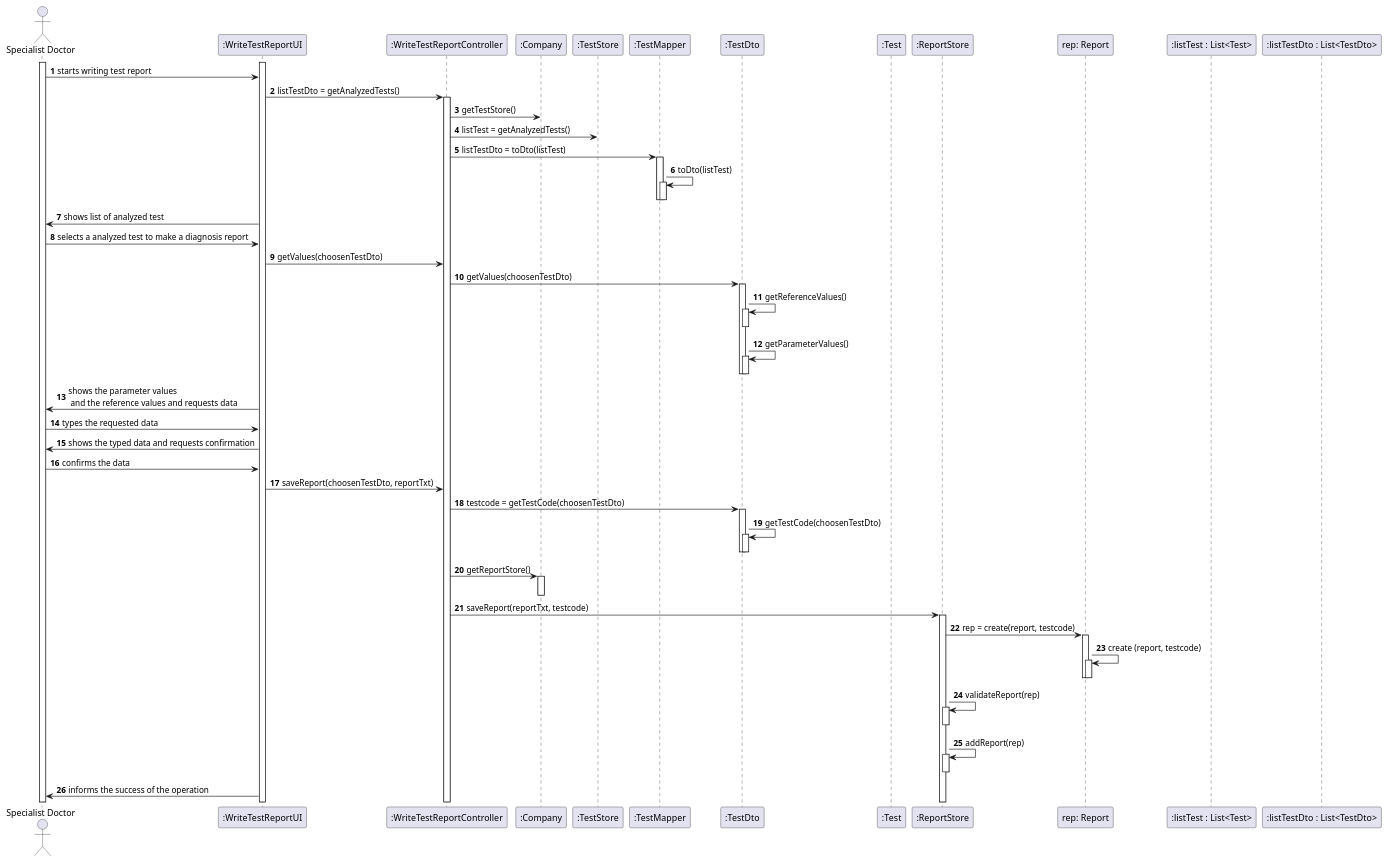
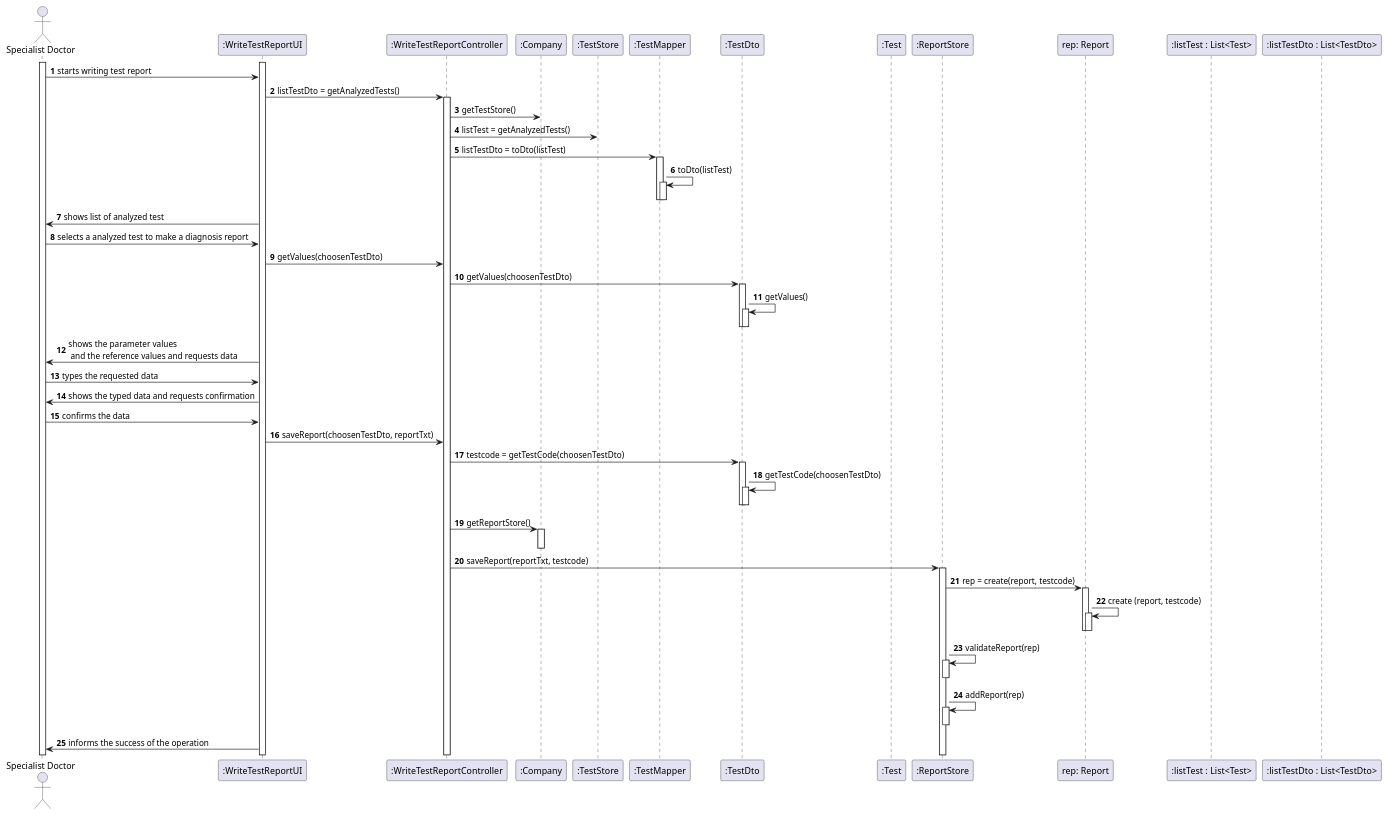
The diagram in docs/SprintC/US14/US14_SD.puml (0franciscor/lei-21-s2-1de-g19), drawn with PlantUML before and after one commit.

Commit message:
Atualizaçao do SD

```diff
--- a/docs/SprintC/US14/US14_SD.puml
+++ b/docs/SprintC/US14/US14_SD.puml
@@ -1,60 +1,58 @@
 @startuml
 'https://plantuml.com/sequence-diagram
 
 autonumber
 actor "Specialist Doctor" as SD
 activate SD
 activate ":WriteTestReportUI"
 SD -> ":WriteTestReportUI" : starts writing test report
 ":WriteTestReportUI" -> ":WriteTestReportController" : listTestDto = getAnalyzedTests()
 activate ":WriteTestReportController"
 ":WriteTestReportController" -> ":Company" : getTestStore()
 ":WriteTestReportController" -> ":TestStore" : listTest = getAnalyzedTests()
 ":WriteTestReportController" -> ":TestMapper" : listTestDto = toDto(listTest)
 activate ":TestMapper"
 ":TestMapper" -> ":TestMapper" ++ : toDto(listTest)
 deactivate ":TestMapper"
 
 deactivate ":TestMapper"
 ":WriteTestReportUI" -> SD : shows list of analyzed test
 SD -> ":WriteTestReportUI" : selects a analyzed test to make a diagnosis report
 ":WriteTestReportUI" -> ":WriteTestReportController" : getValues(choosenTestDto)
 ":WriteTestReportController" -> ":TestDto" : getValues(choosenTestDto)
 activate ":TestDto"
-":TestDto" -> ":TestDto" ++ : getReferenceValues()
-deactivate ":TestDto"
-":TestDto" -> ":TestDto" ++ : getParameterValues()
+":TestDto" -> ":TestDto" ++ : getValues()
 deactivate ":TestDto"
 deactivate ":TestDto"
 ":WriteTestReportUI" -> SD : shows the parameter values \n and the reference values and requests data
 deactivate ":Test"
 SD -> ":WriteTestReportUI" : types the requested data
 ":WriteTestReportUI" -> SD : shows the typed data and requests confirmation
 SD -> ":WriteTestReportUI" :  confirms the data
 
 ":WriteTestReportUI" -> ":WriteTestReportController" : saveReport(choosenTestDto, reportTxt)
 ":WriteTestReportController" -> ":TestDto" ++ : testcode = getTestCode(choosenTestDto)
 ":TestDto" -> ":TestDto" : getTestCode(choosenTestDto)
 activate ":TestDto"
 deactivate ":TestDto"
 deactivate ":TestDto"
 
 ":WriteTestReportController" -> ":Company" : getReportStore()
 activate ":Company"
 deactivate ":Company"
 ":WriteTestReportController" -> ":ReportStore" : saveReport(reportTxt, testcode)
 
 activate ":ReportStore"
 ":ReportStore" -> "rep: Report" : rep = create(report, testcode)
 activate "rep: Report"
 "rep: Report" -> "rep: Report" ++ : create (report, testcode)
 deactivate "rep: Report"
 deactivate "rep: Report"
 ":ReportStore" -> ":ReportStore" ++ : validateReport(rep)
 deactivate
 ":ReportStore" -> ":ReportStore" ++ : addReport(rep)
 deactivate ":ReportStore"
 ":WriteTestReportUI" -> SD : informs the success of the operation
 participant ":listTest : List<Test>"
 participant ":listTestDto : List<TestDto>"
 @enduml
```
